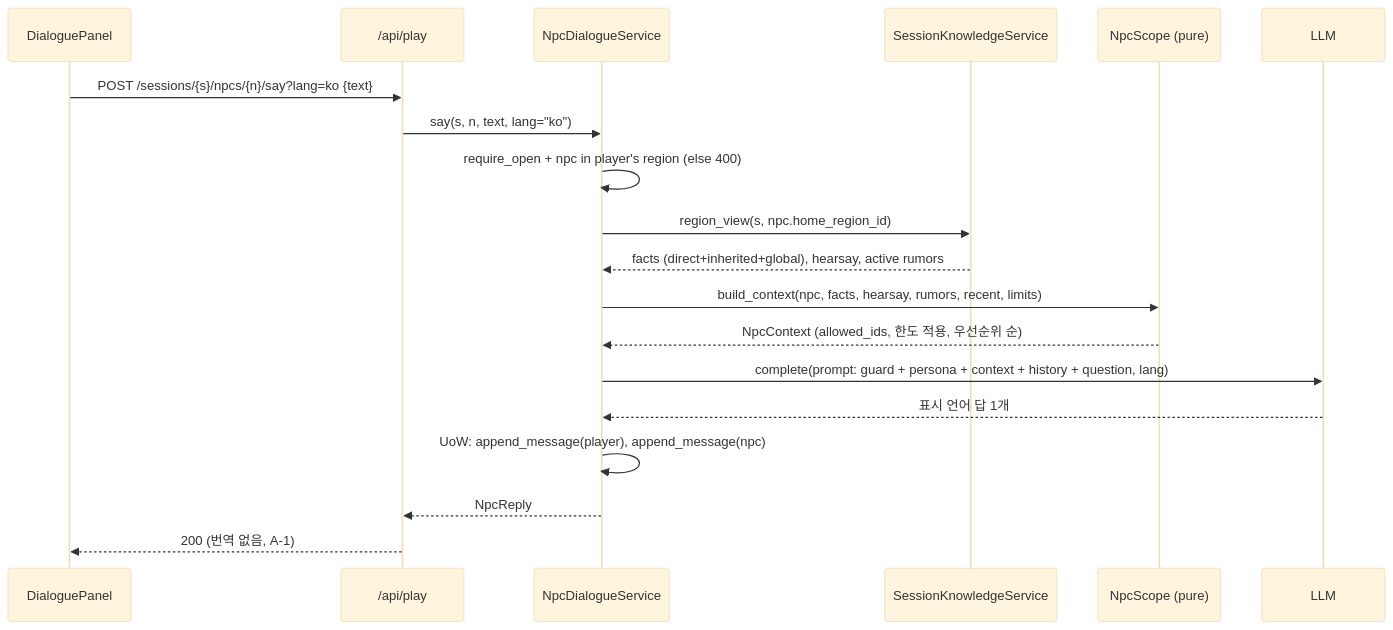
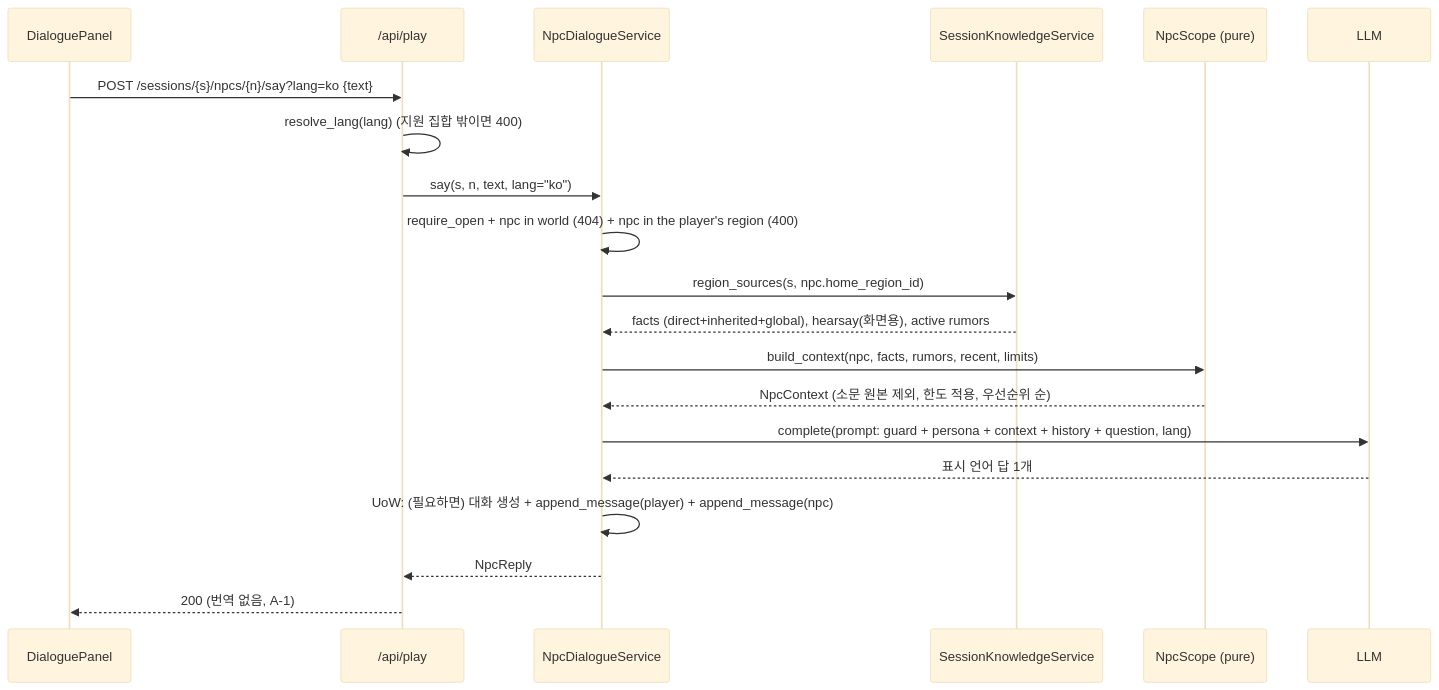
The diagram in aidlc-docs/construction/U5-npc-dialogue-language/functional-design/business-logic-model.md (hongsam14/Locus), drawn with Mermaid (base theme) before and after one commit. The commit also changed other lines of this file and 6 other files, not shown here.

````diff
--- a/aidlc-docs/construction/U5-npc-dialogue-language/functional-design/business-logic-model.md
+++ b/aidlc-docs/construction/U5-npc-dialogue-language/functional-design/business-logic-model.md
@@ -9,21 +11,22 @@
 ```mermaid
 sequenceDiagram
     participant UI as DialoguePanel
     participant API as /api/play
     participant DS as NpcDialogueService
     participant SK as SessionKnowledgeService
     participant SC as NpcScope (pure)
     participant LLM
     UI->>API: POST /sessions/{s}/npcs/{n}/say?lang=ko {text}
+    API->>API: resolve_lang(lang) (지원 집합 밖이면 400)
     API->>DS: say(s, n, text, lang="ko")
-    DS->>DS: require_open + npc in player's region (else 400)
-    DS->>SK: region_view(s, npc.home_region_id)
-    SK-->>DS: facts (direct+inherited+global), hearsay, active rumors
-    DS->>SC: build_context(npc, facts, hearsay, rumors, recent, limits)
-    SC-->>DS: NpcContext (allowed_ids, 한도 적용, 우선순위 순)
+    DS->>DS: require_open + npc in world (404) + npc in the player's region (400)
+    DS->>SK: region_sources(s, npc.home_region_id)
+    SK-->>DS: facts (direct+inherited+global), hearsay(화면용), active rumors
+    DS->>SC: build_context(npc, facts, rumors, recent, limits)
+    SC-->>DS: NpcContext (소문 원본 제외, 한도 적용, 우선순위 순)
     DS->>LLM: complete(prompt: guard + persona + context + history + question, lang)
     LLM-->>DS: 표시 언어 답 1개
-    DS->>DS: UoW: append_message(player), append_message(npc)
+    DS->>DS: UoW: (필요하면) 대화 생성 + append_message(player) + append_message(npc)
     DS-->>API: NpcReply
     API-->>UI: 200 (번역 없음, A-1)
 ```
````
